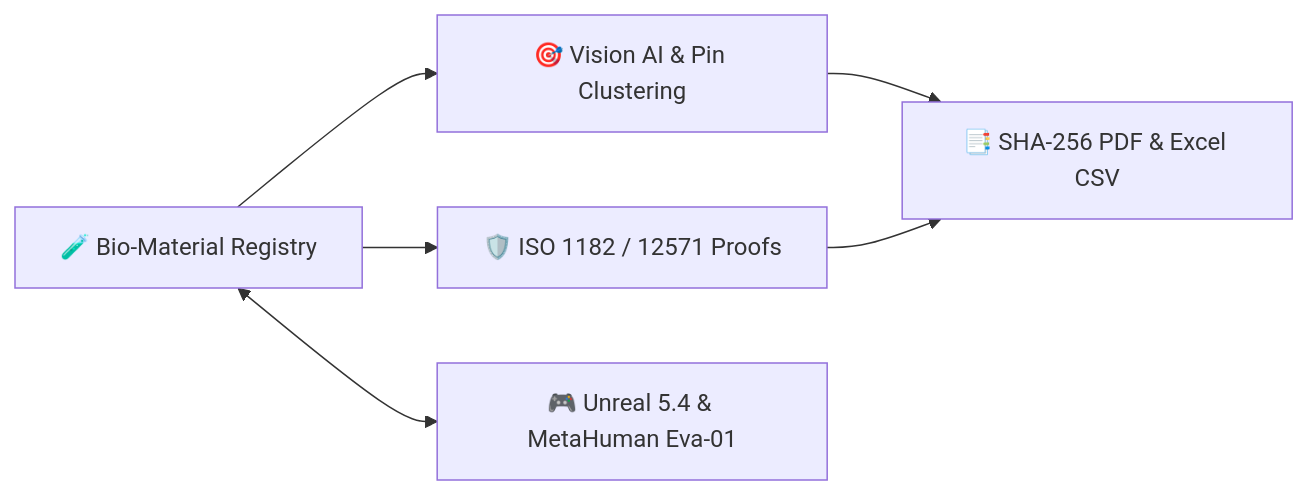
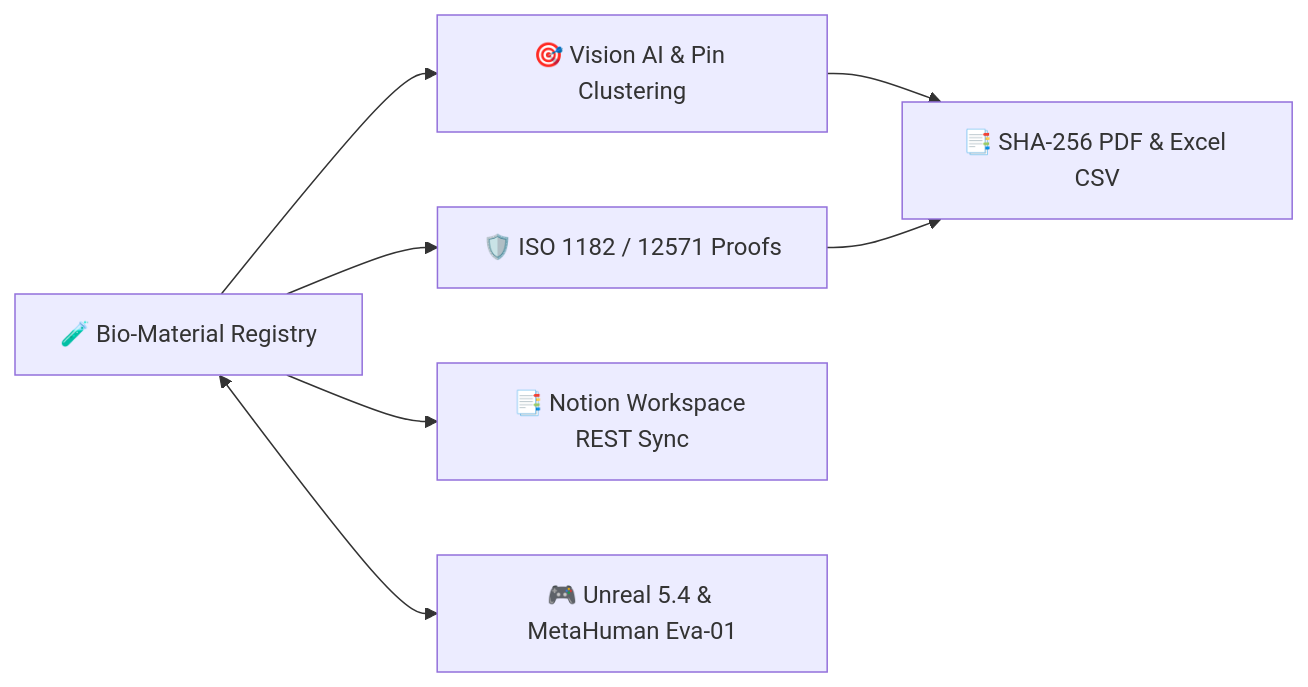
Before and after one commit to knoksen/Biobuildknoksenlab: the diagram in README.md, drawn with Mermaid. The commit also changed other lines of this file and 18 other files, not shown here.

````diff
--- a/README.md
+++ b/README.md
@@ -61,8 +64,9 @@
 ```mermaid
 graph LR
     A[🧪 Bio-Material Registry] --> B[🎯 Vision AI & Pin Clustering]
     A --> C[🛡️ ISO 1182 / 12571 Proofs]
+    A --> F[📑 Notion Workspace REST Sync]
     B --> D[📑 SHA-256 PDF & Excel CSV]
     C --> D
     A <--> E[🎮 Unreal 5.4 & MetaHuman Eva-01]
 ```
````
